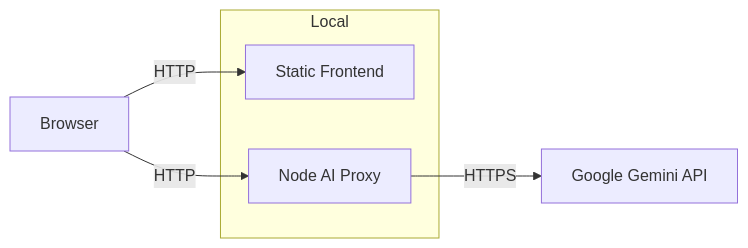
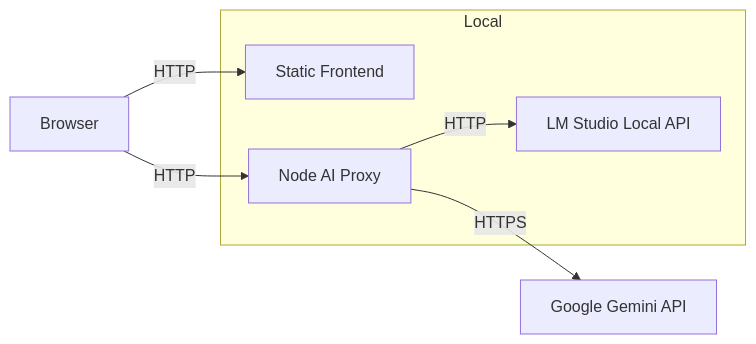
One commit to patrickcruzutfpr/family-budget-app changed the second of 3 diagrams in server/docs/diagrams.md. Above: the diagram before and after it, drawn with Mermaid. The commit also changed other lines of this file and 13 other files, not shown here.

````diff
--- a/server/docs/diagrams.md
+++ b/server/docs/diagrams.md
@@ -40,10 +44,12 @@
 ```mermaid
 flowchart LR
   Browser -->|HTTP| CDN[Static Frontend]
   Browser -->|HTTP| Proxy[Node AI Proxy]
   Proxy -->|HTTPS| Gemini[Google Gemini API]
+  Proxy -->|HTTP| LMStudio[LM Studio Local API]
   subgraph Local
     CDN
     Proxy
+    LMStudio
   end
 ```
````
